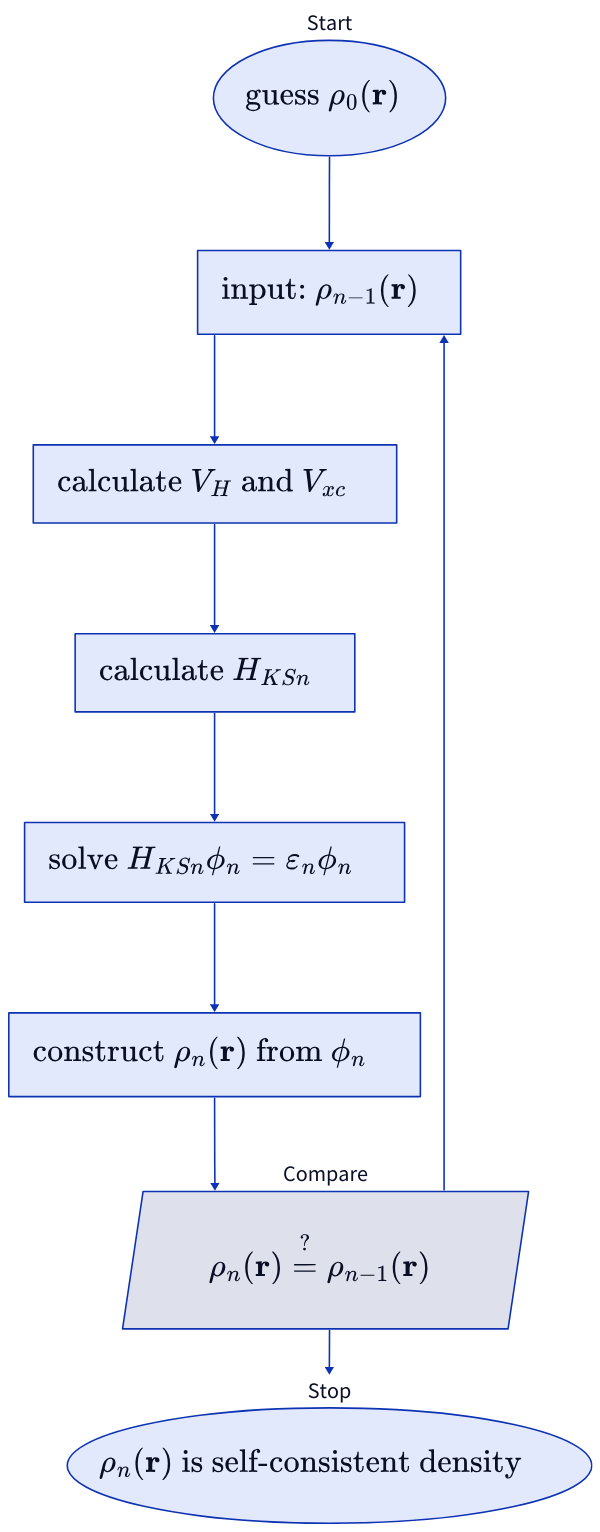
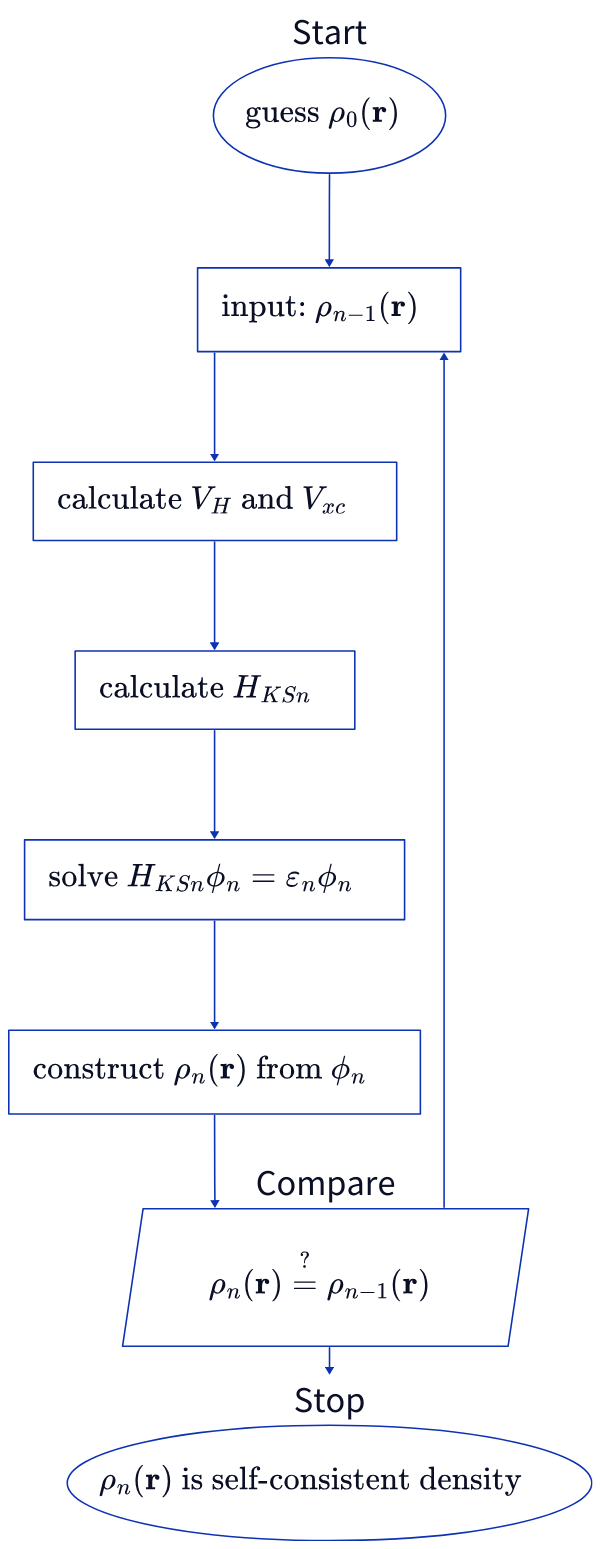
The diagram in include/self-consistency.d2 (hacksparr0w/bachelor-thesis), drawn with D2 before and after one commit. The commit also changed 6 other files, not shown here.

```diff
--- a/include/self-consistency.d2
+++ b/include/self-consistency.d2
@@ -1,66 +1,89 @@
 start -> input -> calculate_vs -> calculate_h -> solve_h -> construct_rho -> compare -> stop
 
 compare -> input
 
-style: {
-  font-size: 50
-}
-
 start: {
   shape: oval
   label: "Start"
+  style: {
+    fill: white
+    font-size: 46
+  }
   equation: |latex
-    \\Huge{\\text{guess $\\rho_0(\\mathbf{r})$}}
+    \\Huge\\text{guess $\\rho_0(\\mathbf{r})$}
   |
 }
 
 input: {
   label: ""
+  style: {
+    fill: white
+  }
   equation: |latex
-    \\Huge{\\text{input: $\\rho_{n-1}(\\mathbf{r})$}}
+    \\Huge\\text{input: $\\rho_{n-1}(\\mathbf{r})$}
   |
 }
 
 calculate_vs: {
   label: ""
+  style: {
+    fill: white
+  }
   equation: |latex
     \\Huge\\text{calculate $V_H$ and $V_{xc}$}
   |
 }
 
 calculate_h: {
   label: ""
+  style: {
+    fill: white
+  }
   equation: |latex
     \\Huge\\text{calculate $H_{KSn}$}
   |
 }
 
 solve_h: {
   label: ""
+  style: {
+    fill: white
+  }
   equation: |latex
     \\Huge\\text{solve $H_{KSn} \\phi_{n} = \\varepsilon_{n} \\phi_n$}
   |
 }
 
 construct_rho: {
   label: ""
+  style: {
+    fill: white
+  }
   equation: |latex
     \\Huge\\text{construct $\\rho_n(\\mathbf{r})$ from $\\phi_n$}
   |
 }
 
 compare: {
   shape: parallelogram
   label: "Compare"
+  style: {
+    font-size: 46
+    fill: white
+  }
   equation: |latex
     \\Huge\\rho_n(\\mathbf{r}) \\stackrel{?}{=} \\rho_{n - 1}(\\mathbf{r})
   |
 }
 
 stop: {
   shape: oval
   label: "Stop"
+  style: {
+    font-size: 46
+    fill: white
+  }
   equation: |latex
     \\Huge\\text{$\\rho_n(\\mathbf{r})$ is self-consistent density}
   |
 }
```
